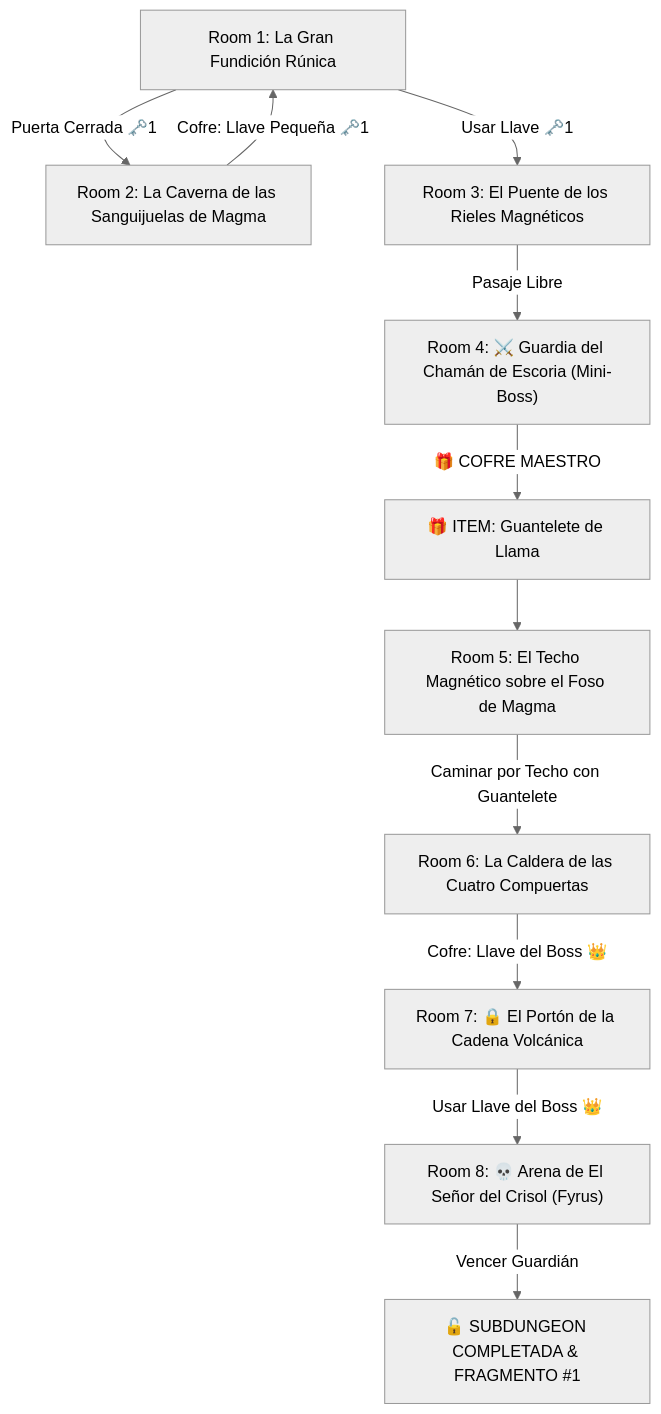
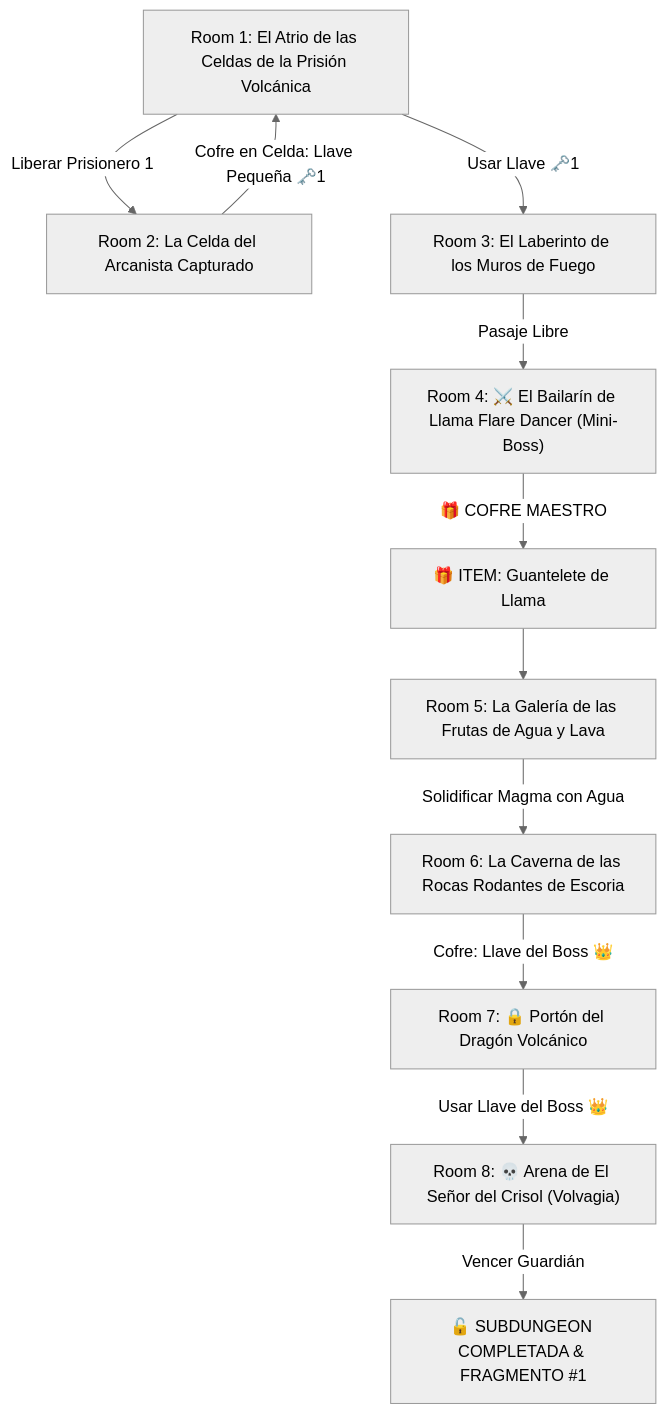
One commit to linkmati/ShivathLyss changed the diagram in 7 - DM/OneShots/ARepeat/Subdungeons/01_Subdungeon_Fuego_Caldera.md. Above: the diagram before and after it, drawn with Mermaid (neutral theme). The commit also changed other lines of this file and 12 other files, not shown here.

````diff
--- a/7 - DM/OneShots/ARepeat/Subdungeons/01_Subdungeon_Fuego_Caldera.md
+++ b/7 - DM/OneShots/ARepeat/Subdungeons/01_Subdungeon_Fuego_Caldera.md
@@ -14,13 +14,13 @@
 ```mermaid
 graph TD
-    S1["Room 1: La Gran Fundición Rúnica"] -->|Puerta Cerrada 🗝️1| S2["Room 2: La Caverna de las Sanguijuelas de Magma"]
-    S2 -->|Cofre: Llave Pequeña 🗝️1| S1
-    S1 -->|Usar Llave 🗝️1| S3["Room 3: El Puente de los Rieles Magnéticos"]
-    S3 -->|Pasaje Libre| S4["Room 4: ⚔️ Guardia del Chamán de Escoria (Mini-Boss)"]
+    S1["Room 1: El Atrio de las Celdas de la Prisión Volcánica"] -->|Liberar Prisionero 1| S2["Room 2: La Celda del Arcanista Capturado"]
+    S2 -->|Cofre en Celda: Llave Pequeña 🗝️1| S1
+    S1 -->|Usar Llave 🗝️1| S3["Room 3: El Laberinto de los Muros de Fuego"]
+    S3 -->|Pasaje Libre| S4["Room 4: ⚔️ El Bailarín de Llama Flare Dancer (Mini-Boss)"]
     S4 -->|🎁 COFRE MAESTRO| Item["🎁 ITEM: Guantelete de Llama"]
-    Item --> S5["Room 5: El Techo Magnético sobre el Foso de Magma"]
-    S5 -->|Caminar por Techo con Guantelete| S6["Room 6: La Caldera de las Cuatro Compuertas"]
-    S6 -->|Cofre: Llave del Boss 👑| S7["Room 7: 🔒 El Portón de la Cadena Volcánica"]
-    S7 -->|Usar Llave del Boss 👑| S8["Room 8: 💀 Arena de El Señor del Crisol (Fyrus)"]
+    Item --> S5["Room 5: La Galería de las Frutas de Agua y Lava"]
+    S5 -->|Solidificar Magma con Agua| S6["Room 6: La Caverna de las Rocas Rodantes de Escoria"]
+    S6 -->|Cofre: Llave del Boss 👑| S7["Room 7: 🔒 Portón del Dragón Volcánico"]
+    S7 -->|Usar Llave del Boss 👑| S8["Room 8: 💀 Arena de El Señor del Crisol (Volvagia)"]
     S8 -->|Vencer Guardián| Win["🔓 SUBDUNGEON COMPLETADA & FRAGMENTO #1"]
 ```
````
